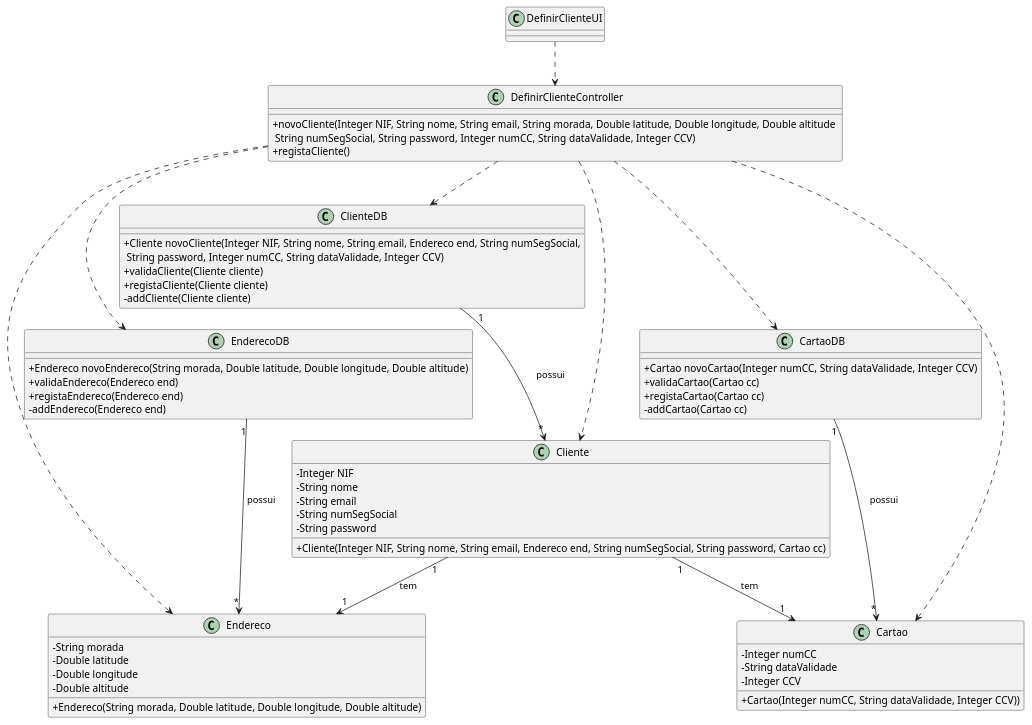
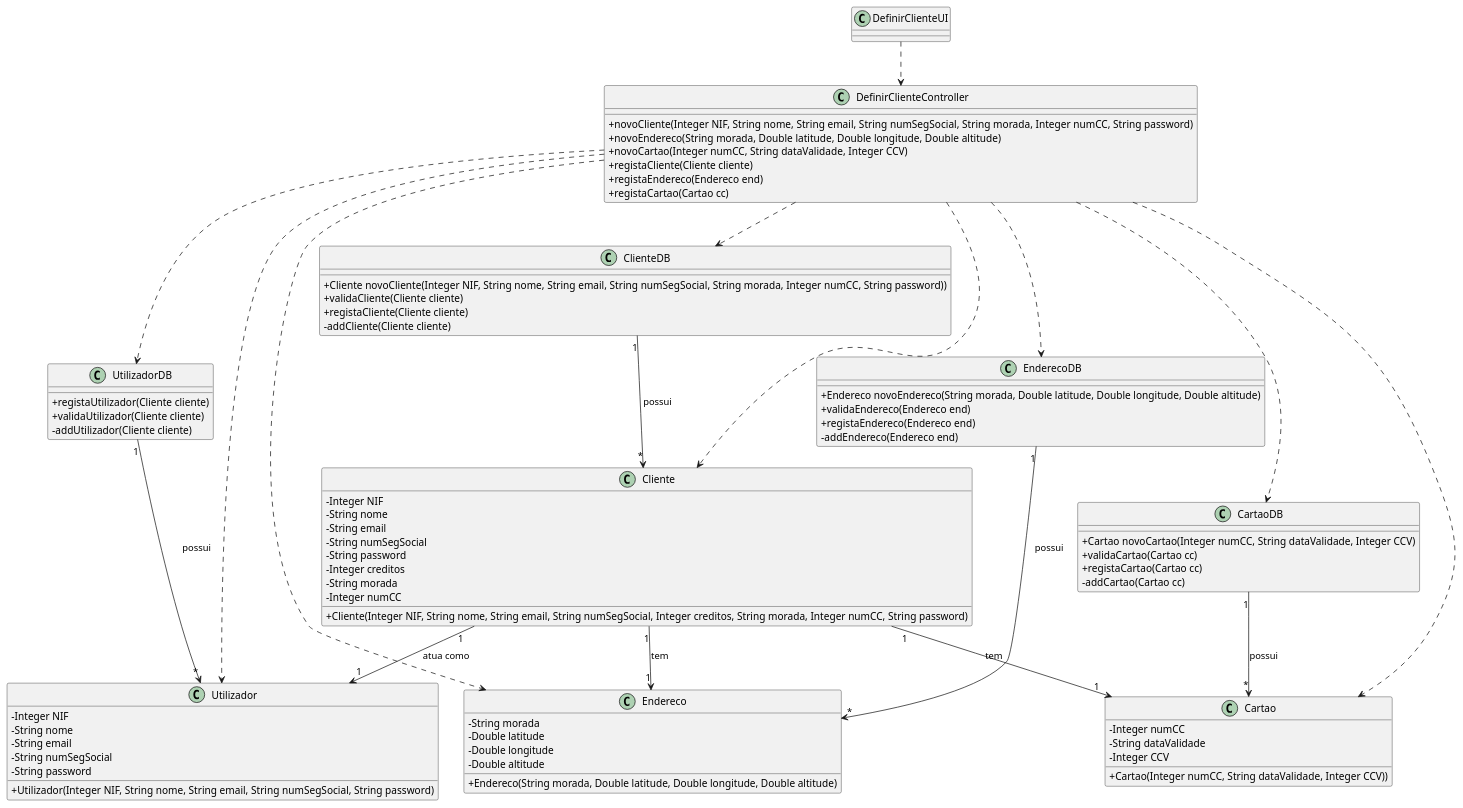
The diagram in docs/UC7/CD-REGISTAR CLIENTE.puml (pedrolemos4/LAPR3), drawn with PlantUML before and after one commit. The commit also changed 7 other files, not shown here.

```diff
--- a/docs/UC7/CD-REGISTAR CLIENTE.puml
+++ b/docs/UC7/CD-REGISTAR CLIENTE.puml
@@ -1,73 +1,99 @@
 @startuml
 skinparam classAttributeIconSize 0
 
 class Cliente {
   -Integer NIF
   -String nome
   -String email
   -String numSegSocial
   -String password
-  +Cliente(Integer NIF, String nome, String email, Endereco end, String numSegSocial, String password, Cartao cc)
+  -Integer creditos
+  -String morada
+  -Integer numCC
+  +Cliente(Integer NIF, String nome, String email, String numSegSocial, Integer creditos, String morada, Integer numCC, String password)
+}
+
+class Utilizador {
+  -Integer NIF
+  -String nome
+  -String email
+  -String numSegSocial
+  -String password
+  +Utilizador(Integer NIF, String nome, String email, String numSegSocial, String password)
 }
 
 class Endereco {
   -String morada
   -Double latitude
   -Double longitude
   -Double altitude 
   +Endereco(String morada, Double latitude, Double longitude, Double altitude)
 }
 
 class Cartao {
   -Integer numCC
   -String dataValidade
   -Integer CCV
   +Cartao(Integer numCC, String dataValidade, Integer CCV))
 }
 
 class ClienteDB {
-  +Cliente novoCliente(Integer NIF, String nome, String email, Endereco end, String numSegSocial,\n String password, Integer numCC, String dataValidade, Integer CCV)
+  +Cliente novoCliente(Integer NIF, String nome, String email, String numSegSocial, String morada, Integer numCC, String password))
   +validaCliente(Cliente cliente)
   +registaCliente(Cliente cliente)
   -addCliente(Cliente cliente)
+}
+
+class UtilizadorDB {
+  +registaUtilizador(Cliente cliente)
+  +validaUtilizador(Cliente cliente)
+  -addUtilizador(Cliente cliente)
 }
 
 class EnderecoDB {
   +Endereco novoEndereco(String morada, Double latitude, Double longitude, Double altitude)
   +validaEndereco(Endereco end)
   +registaEndereco(Endereco end)
   -addEndereco(Endereco end)
 }
 
 class CartaoDB {
   +Cartao novoCartao(Integer numCC, String dataValidade, Integer CCV)
   +validaCartao(Cartao cc)
   +registaCartao(Cartao cc)
   -addCartao(Cartao cc)
 }
 
 class DefinirClienteController {
-  +novoCliente(Integer NIF, String nome, String email, String morada, Double latitude, Double longitude, Double altitude \n String numSegSocial, String password, Integer numCC, String dataValidade, Integer CCV)
-  +registaCliente()
+  +novoCliente(Integer NIF, String nome, String email, String numSegSocial, String morada, Integer numCC, String password)
+  +novoEndereco(String morada, Double latitude, Double longitude, Double altitude)
+  +novoCartao(Integer numCC, String dataValidade, Integer CCV)
+  +registaCliente(Cliente cliente)
+  +registaEndereco(Endereco end)
+  +registaCartao(Cartao cc)
 }
 
 class DefinirClienteUI {
   
 }
 
 DefinirClienteUI ..> DefinirClienteController
 DefinirClienteController ..> ClienteDB
+DefinirClienteController ..> UtilizadorDB
 DefinirClienteController ..> EnderecoDB
 DefinirClienteController ..> CartaoDB
 DefinirClienteController ..> Cliente
+DefinirClienteController ..> Utilizador
 DefinirClienteController ..> Endereco
 DefinirClienteController ..> Cartao
 
 ClienteDB "1" --> "*" Cliente : possui
+UtilizadorDB "1" --> "*" Utilizador : possui
 EnderecoDB "1" --> "*" Endereco : possui
 CartaoDB "1" --> "*" Cartao : possui
 Cliente "1" --> "1" Endereco : tem
 Cliente "1" --> "1" Cartao : tem
+Cliente "1" --> "1" Utilizador : atua como
 
 
 @enduml
```
